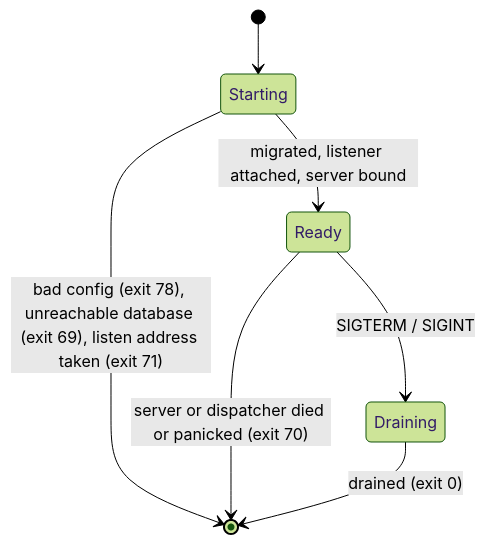
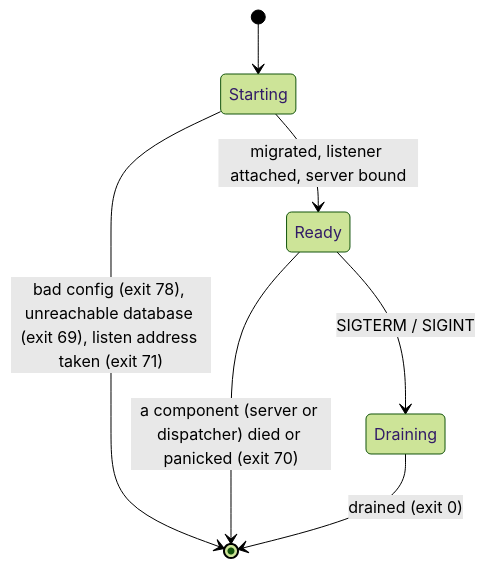
Before and after one commit to vymalo/another-agentic-system: the second of 2 diagrams in orchestrator/README.md, drawn with Mermaid (forest theme). The commit also changed other lines of this file and 11 other files, not shown here.

````diff
--- a/orchestrator/README.md
+++ b/orchestrator/README.md
@@ -103,9 +109,9 @@
 ```mermaid
 stateDiagram-v2
   [*] --> Starting
   Starting --> Ready: migrated, listener attached, server bound
   Starting --> [*]: bad config (exit 78), unreachable database (exit 69), listen address taken (exit 71)
   Ready --> Draining: SIGTERM / SIGINT
-  Ready --> [*]: server or dispatcher died or panicked (exit 70)
+  Ready --> [*]: a component (server or dispatcher) died or panicked (exit 70)
   Draining --> [*]: drained (exit 0)
 ```
````
